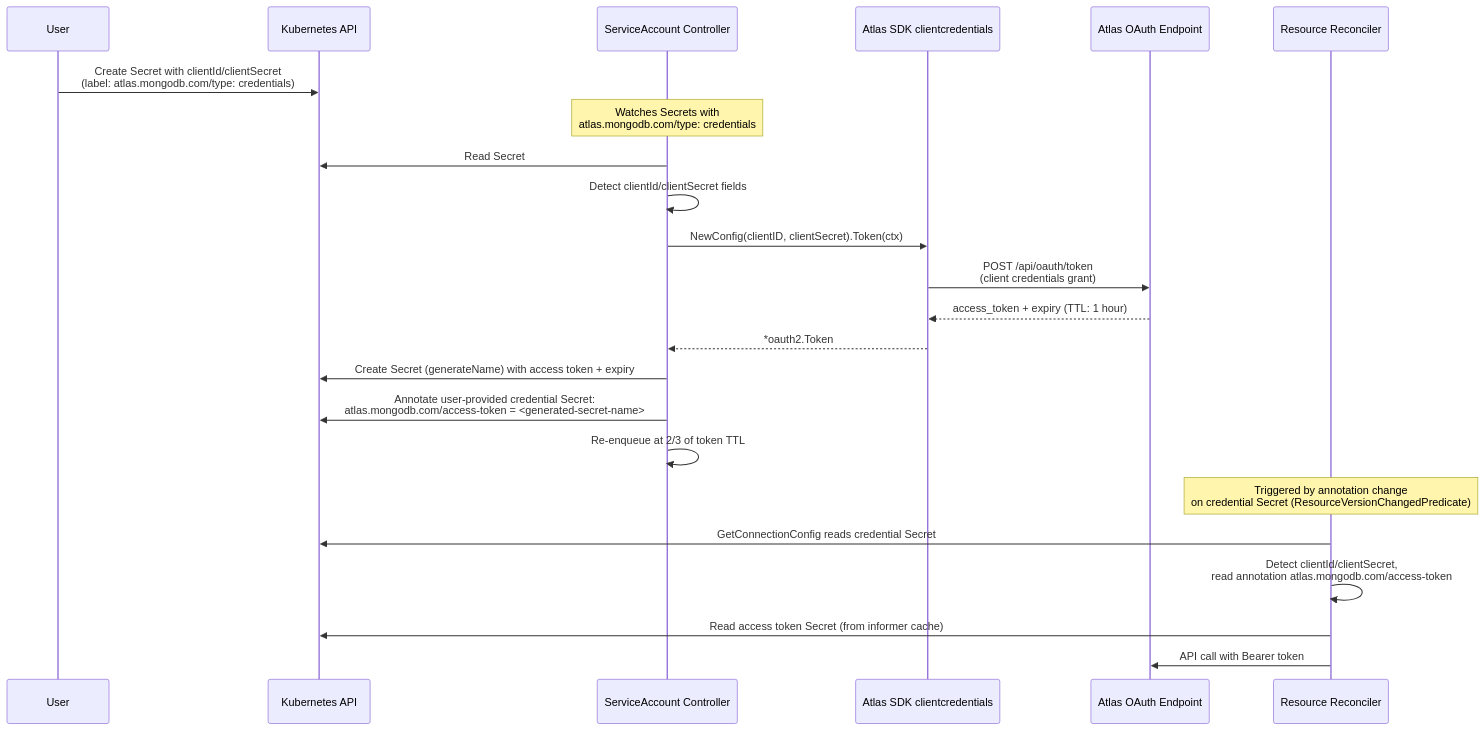
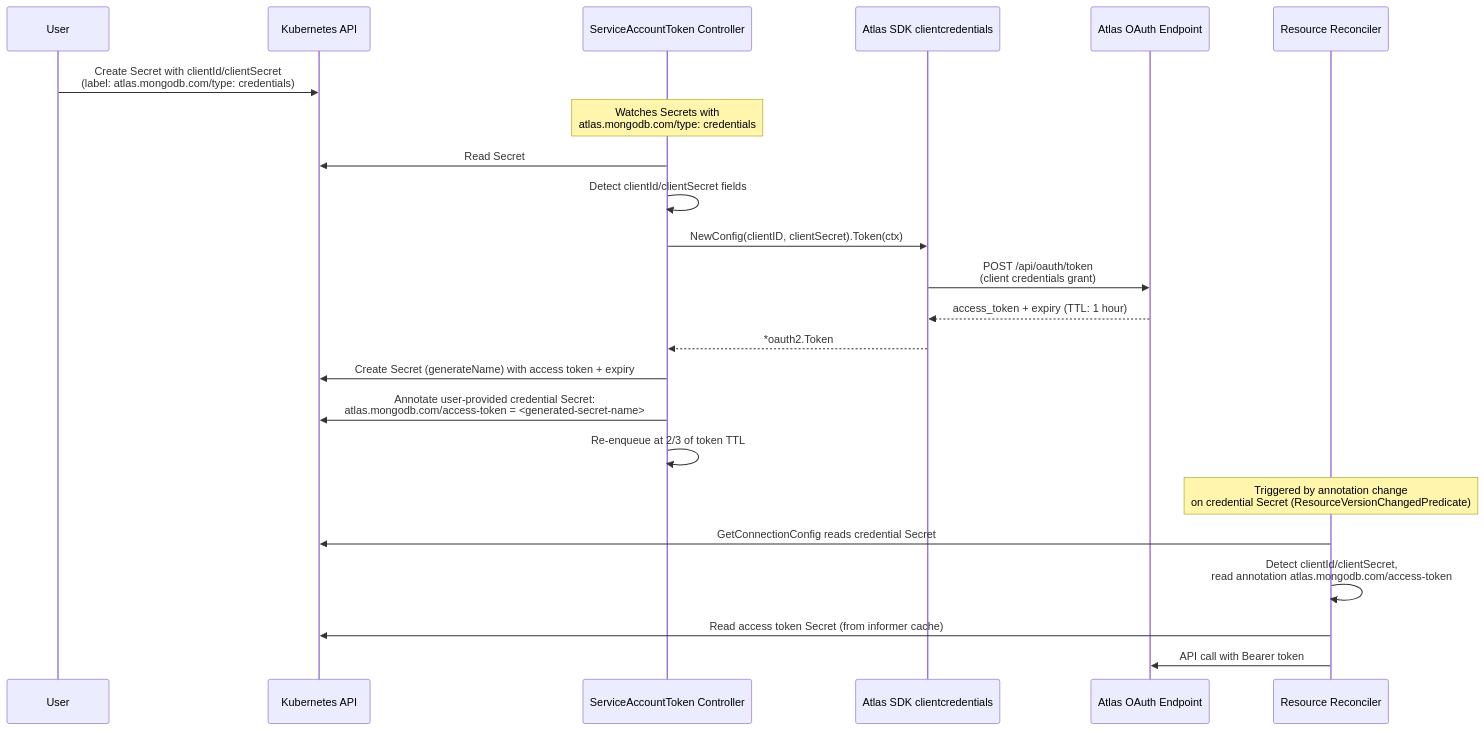
The diagram in service-account-support.md (mongodb/mongodb-atlas-kubernetes), drawn with Mermaid before and after one commit.

````diff
--- a/service-account-support.md
+++ b/service-account-support.md
@@ -31,30 +31,30 @@
 ```mermaid
 sequenceDiagram
     participant User
     participant K8s as Kubernetes API
-    participant SACtrl as ServiceAccount Controller
+    participant SACtrl as ServiceAccountToken Controller
     participant SDK as Atlas SDK clientcredentials
     participant Atlas as Atlas OAuth Endpoint
     participant Reconciler as Resource Reconciler
 
     User->>K8s: Create Secret with clientId/clientSecret<br/>(label: atlas.mongodb.com/type: credentials)
 
     Note over SACtrl: Watches Secrets with<br/>atlas.mongodb.com/type: credentials
 
     SACtrl->>K8s: Read Secret
     SACtrl->>SACtrl: Detect clientId/clientSecret fields
     SACtrl->>SDK: NewConfig(clientID, clientSecret).Token(ctx)
     SDK->>Atlas: POST /api/oauth/token<br/>(client credentials grant)
     Atlas-->>SDK: access_token + expiry (TTL: 1 hour)
     SDK-->>SACtrl: *oauth2.Token
     SACtrl->>K8s: Create Secret (generateName) with access token + expiry
     SACtrl->>K8s: Annotate user-provided credential Secret:<br/>atlas.mongodb.com/access-token = <generated-secret-name>
     SACtrl->>SACtrl: Re-enqueue at 2/3 of token TTL
 
     Note over Reconciler: Triggered by annotation change<br/>on credential Secret (ResourceVersionChangedPredicate)
 
     Reconciler->>K8s: GetConnectionConfig reads credential Secret
     Reconciler->>Reconciler: Detect clientId/clientSecret,<br/>read annotation atlas.mongodb.com/access-token
     Reconciler->>K8s: Read access token Secret (from informer cache)
     Reconciler->>Atlas: API call with Bearer token
 ```
````
